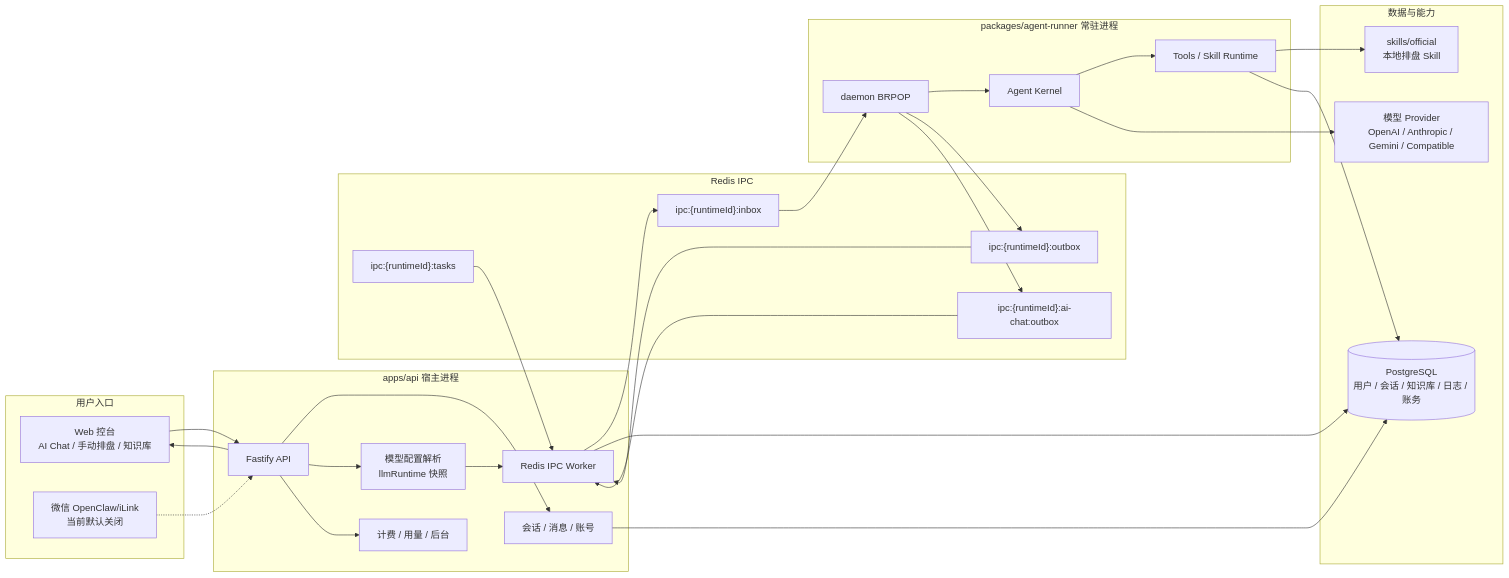
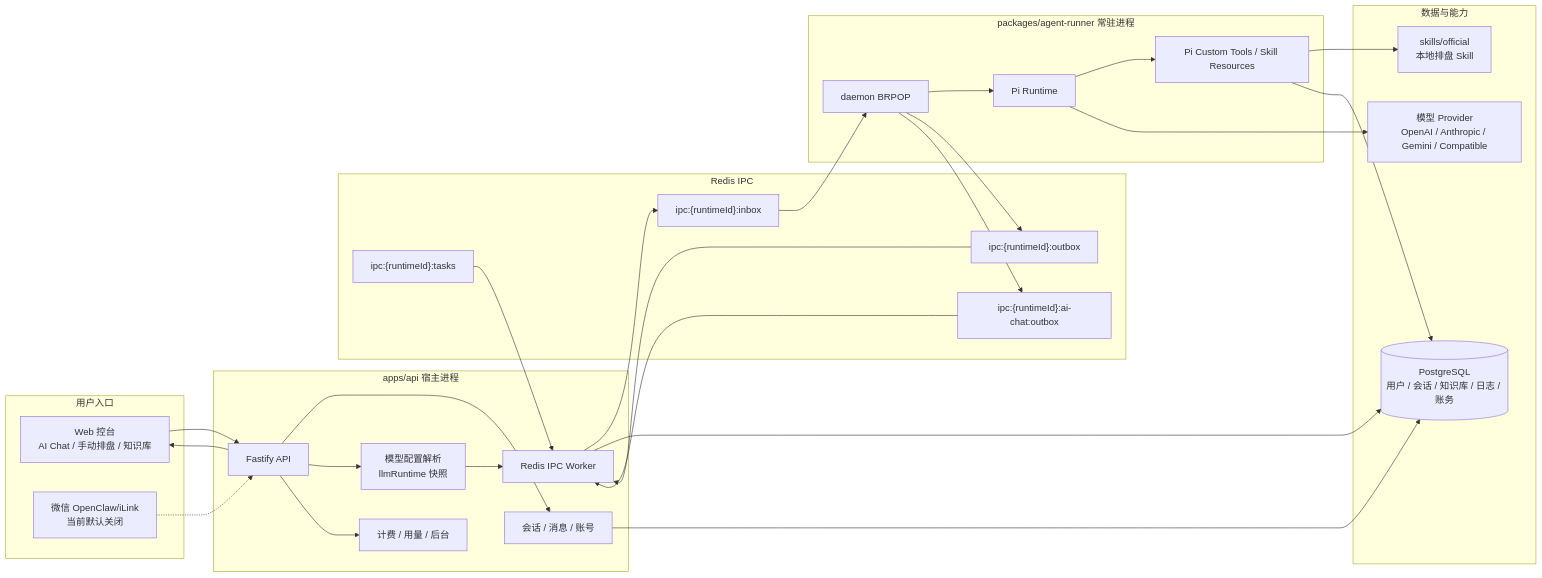
The first of 3 diagrams in README.md (Coaixy/FateClaw), drawn with Mermaid before and after one commit. The commit also changed other lines of this file and 127 other files, not shown here.

First line of the commit message:
refactor agent runtime to Pi skill bundles

````diff
--- a/README.md
+++ b/README.md
@@ -21,56 +21,56 @@
 ```mermaid
 flowchart LR
   subgraph Client["用户入口"]
     Web["Web 控台<br/>AI Chat / 手动排盘 / 知识库"]
     WeChat["微信 OpenClaw/iLink<br/>当前默认关闭"]
   end
 
   subgraph Host["apps/api 宿主进程"]
     Fastify["Fastify API"]
     Session["会话 / 消息 / 账号"]
     Runtime["模型配置解析<br/>llmRuntime 快照"]
     Billing["计费 / 用量 / 后台"]
     IpcWorker["Redis IPC Worker"]
   end
 
   subgraph Redis["Redis IPC"]
     Inbox["ipc:{runtimeId}:inbox"]
     Outbox["ipc:{runtimeId}:outbox"]
     AiOutbox["ipc:{runtimeId}:ai-chat:outbox"]
     TaskQueue["ipc:{runtimeId}:tasks"]
   end
 
   subgraph Agent["packages/agent-runner 常驻进程"]
     Daemon["daemon BRPOP"]
-    Kernel["Agent Kernel"]
-    Tools["Tools / Skill Runtime"]
+    Kernel["Pi Runtime"]
+    Tools["Pi Custom Tools / Skill Resources"]
   end
 
   subgraph Data["数据与能力"]
     PG[("PostgreSQL<br/>用户 / 会话 / 知识库 / 日志 / 账务")]
     OfficialSkills["skills/official<br/>本地排盘 Skill"]
     LLM["模型 Provider<br/>OpenAI / Anthropic / Gemini / Compatible"]
   end
 
   Web --> Fastify
   WeChat -.-> Fastify
   Fastify --> Session
   Fastify --> Runtime
   Fastify --> Billing
   Session --> PG
   Runtime --> IpcWorker
   IpcWorker --> Inbox
   Inbox --> Daemon
   Daemon --> Kernel
   Kernel --> Tools
   Tools --> OfficialSkills
   Tools --> PG
   Kernel --> LLM
   Daemon --> Outbox
   Daemon --> AiOutbox
   Outbox --> IpcWorker
   AiOutbox --> IpcWorker
   TaskQueue --> IpcWorker
   IpcWorker --> PG
   Fastify --> Web
 ```
````
